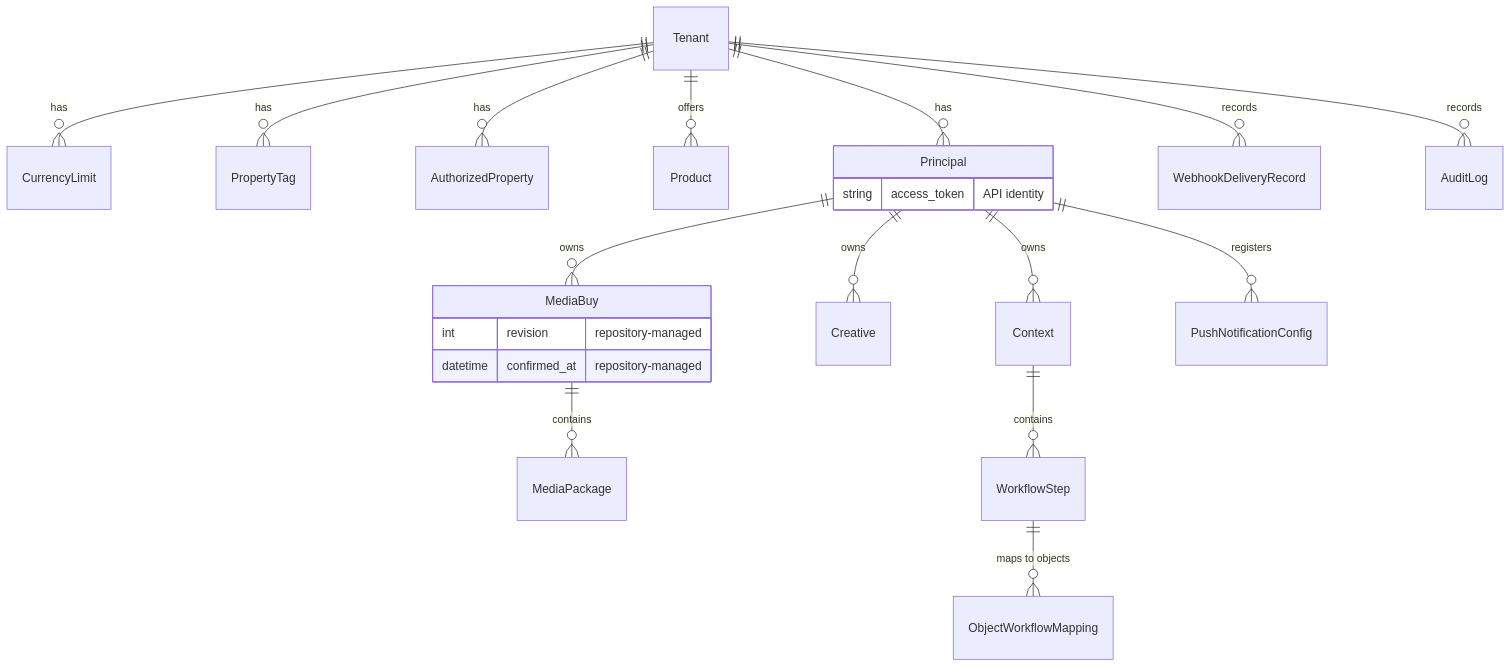
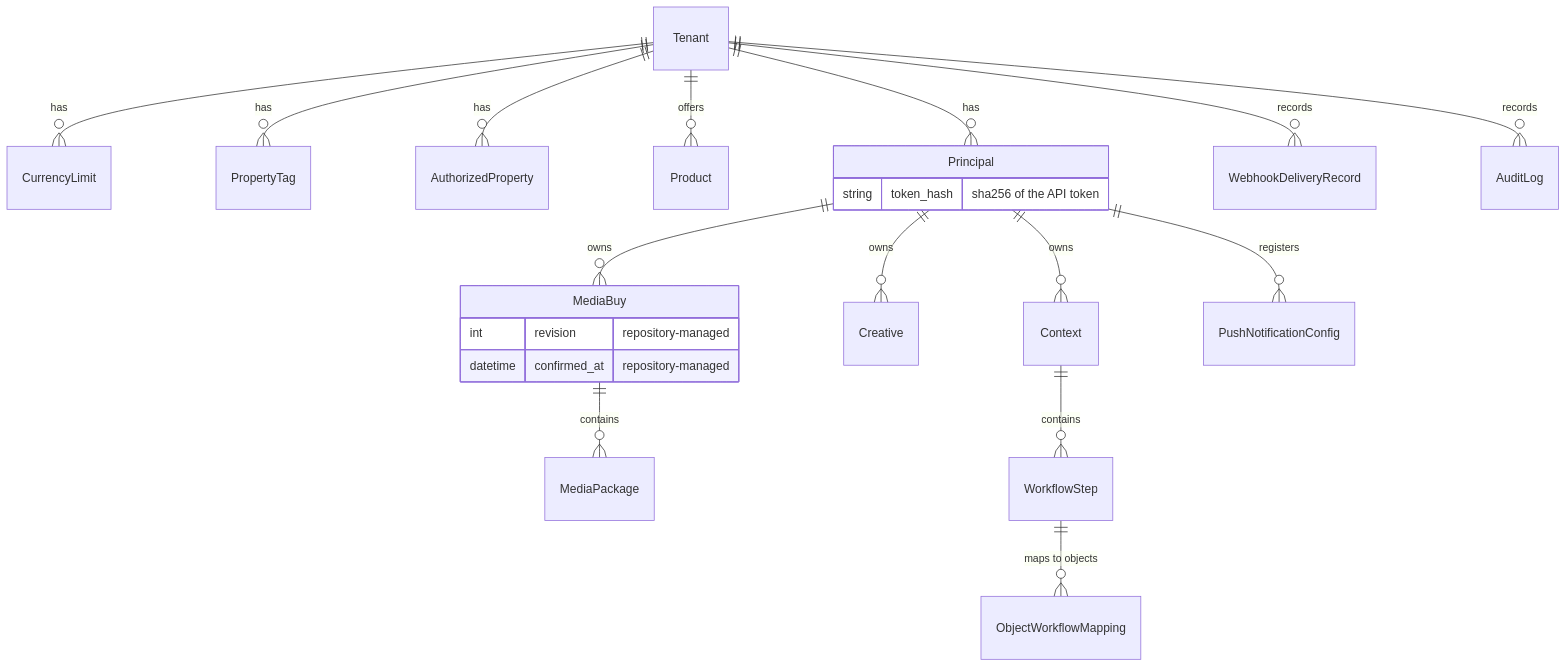
Before and after one commit to KonstantinMirin/prebid-salesagent: the second of 3 diagrams in docs/development/architecture.md, drawn with Mermaid. The commit also changed other lines of this file and 32 other files, not shown here.

````diff
--- a/docs/development/architecture.md
+++ b/docs/development/architecture.md
@@ -110,25 +111,25 @@
 ```mermaid
 erDiagram
     Tenant ||--o{ CurrencyLimit : has
     Tenant ||--o{ PropertyTag : has
     Tenant ||--o{ AuthorizedProperty : has
     Tenant ||--o{ Product : offers
     Tenant ||--o{ Principal : has
     Tenant ||--o{ WebhookDeliveryRecord : records
     Tenant ||--o{ AuditLog : records
     Principal ||--o{ MediaBuy : owns
     Principal ||--o{ Creative : owns
     Principal ||--o{ Context : owns
     Principal ||--o{ PushNotificationConfig : registers
     MediaBuy ||--o{ MediaPackage : contains
     Context ||--o{ WorkflowStep : contains
     WorkflowStep ||--o{ ObjectWorkflowMapping : "maps to objects"
 
     Principal {
-        string access_token "API identity"
+        string token_hash "sha256 of the API token"
     }
     MediaBuy {
         int revision "repository-managed"
         datetime confirmed_at "repository-managed"
     }
 ```
````
